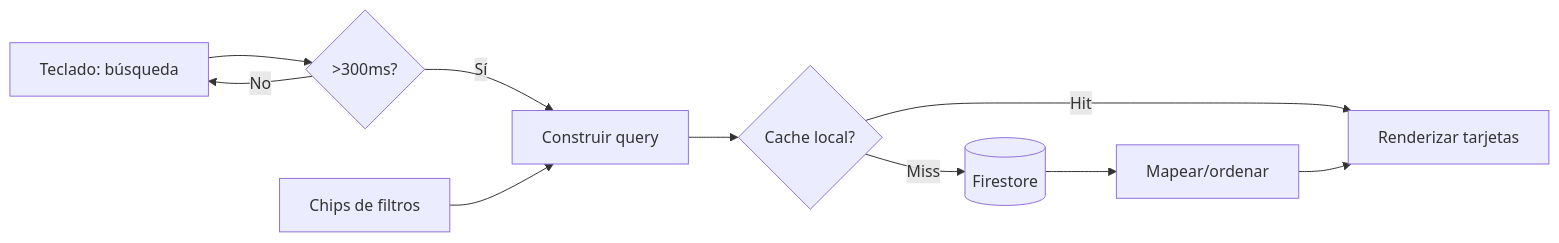
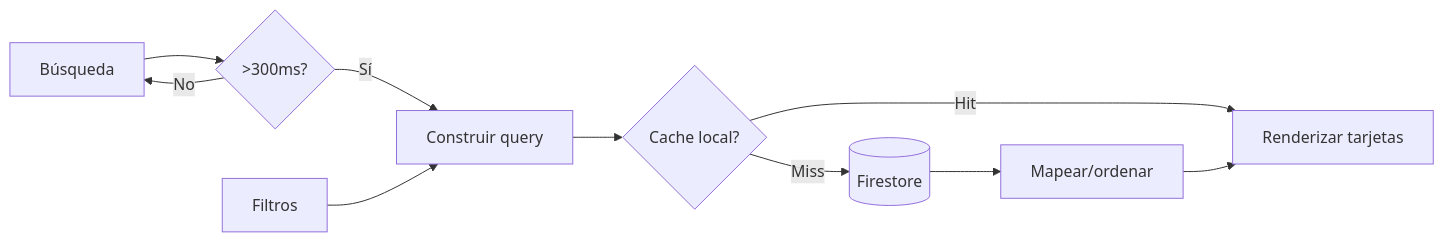
Before and after one commit to Jhormancastella/Mis-webs: the fourth of 4 diagrams in README.md, drawn with Mermaid. The commit also changed other lines of this file, not shown here.

````diff
--- a/README.md
+++ b/README.md
@@ -193,12 +87,12 @@
 ```mermaid
 flowchart LR
-  Input[Teclado: búsqueda] --> Debounce{>300ms?}
+  Input[Búsqueda] --> Debounce{>300ms?}
   Debounce -- No --> Input
   Debounce -- Sí --> Query[Construir query]
-  Filters[Chips de filtros] --> Query
+  Filters[Filtros] --> Query
   Query --> Cache{Cache local?}
   Cache -- Hit --> Render[Renderizar tarjetas]
   Cache -- Miss --> Firestore[(Firestore)]
   Firestore --> Normalizar[Mapear/ordenar]
   Normalizar --> Render
 ```
````
